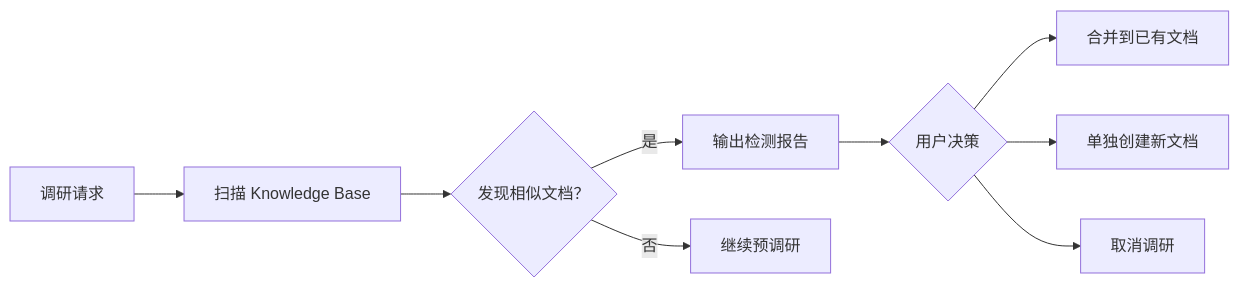
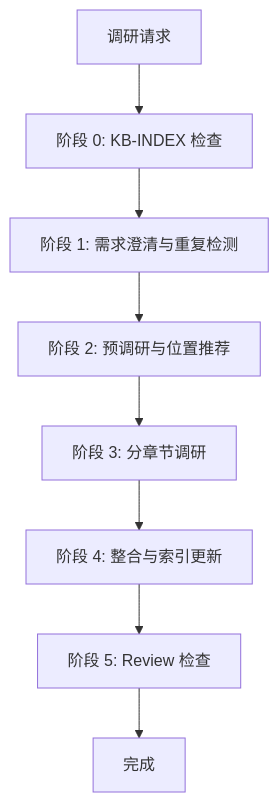
One commit to JackSmith111977/Knowledge-Base changed the diagram in .claude/skills/research/SKILL.md. Above: the diagram before and after it, drawn with Mermaid. The commit also changed other lines of this file and 5 other files, not shown here.

````diff
--- a/.claude/skills/research/SKILL.md
+++ b/.claude/skills/research/SKILL.md
@@ -52,11 +35,10 @@
 ```mermaid
-flowchart LR
-    Start[调研请求] --> Scan[扫描 Knowledge Base]
-    Scan --> Match{发现相似文档？}
-    Match -->|是 | Report[输出检测报告]
-    Match -->|否 | Continue[继续预调研]
-    Report --> Decision{用户决策}
-    Decision --> Merge[合并到已有文档]
-    Decision --> Separate[单独创建新文档]
-    Decision --> Abort[取消调研]
+flowchart TD
+    Start[调研请求] --> Phase0[阶段 0: KB-INDEX 检查]
+    Phase0 --> Phase1[阶段 1: 需求澄清与重复检测]
+    Phase1 --> Phase2[阶段 2: 预调研与位置推荐]
+    Phase2 --> Phase3[阶段 3: 分章节调研]
+    Phase3 --> Phase4[阶段 4: 整合与索引更新]
+    Phase4 --> Phase5[阶段 5: Review 检查]
+    Phase5 --> Complete[完成]
 ```
````
